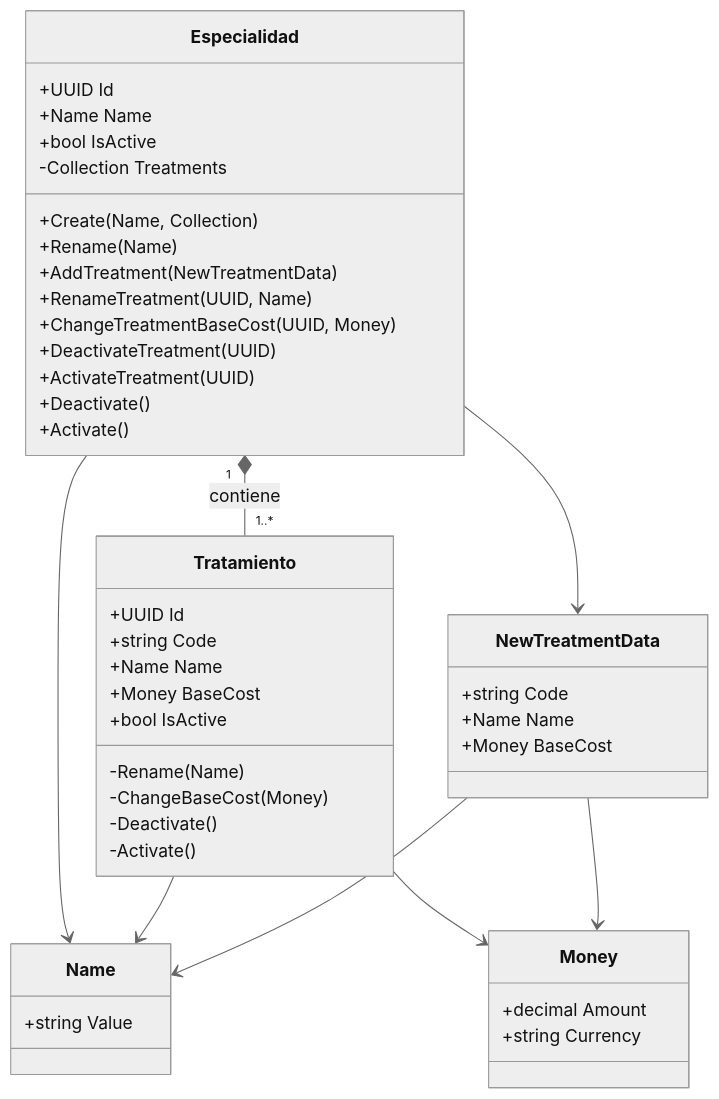
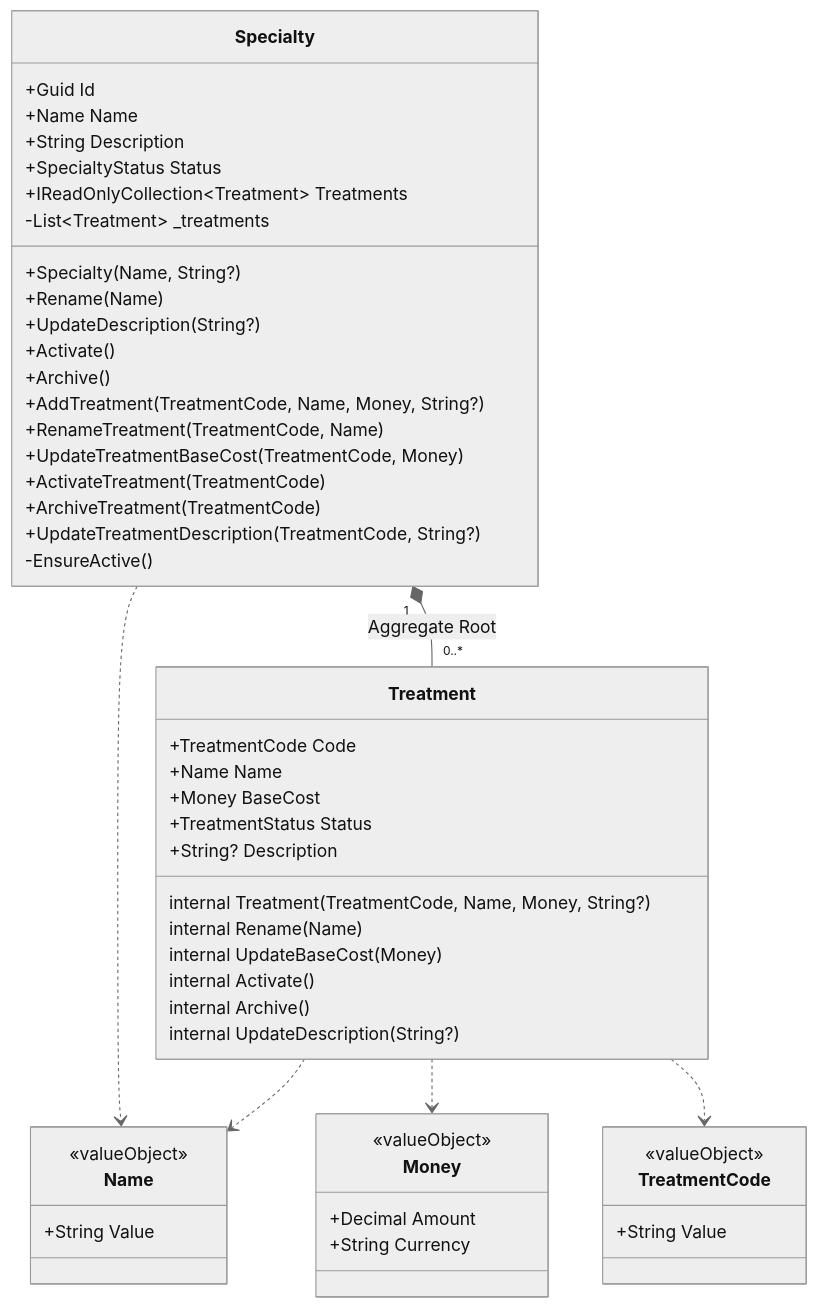
The diagram in docs/diagrams/UML/01-module-specialties-class-diagram.md (Kimblag/DentalManagementSystem), drawn with Mermaid (neutral theme) before and after one commit. The commit also changed other lines of this file and 9 other files, not shown here.

````diff
--- a/docs/diagrams/UML/01-module-specialties-class-diagram.md
+++ b/docs/diagrams/UML/01-module-specialties-class-diagram.md
@@ -7,58 +7,64 @@
 ```mermaid
 classDiagram
     direction TB
 
-    class Especialidad {
-        +UUID Id
+    class Specialty {
+        +Guid Id
         +Name Name
-        +bool IsActive
-        -Collection<Tratamiento> Treatments
-
-        +Create(Name, Collection<NewTreatmentData>)
+        +String Description
+        +SpecialtyStatus Status
+        +IReadOnlyCollection~Treatment~ Treatments
+        -List~Treatment~ _treatments
+        +Specialty(Name, String?)
         +Rename(Name)
-        +AddTreatment(NewTreatmentData)
-        +RenameTreatment(UUID, Name)
-        +ChangeTreatmentBaseCost(UUID, Money)
-        +DeactivateTreatment(UUID)
-        +ActivateTreatment(UUID)
-        +Deactivate()
+        +UpdateDescription(String?)
         +Activate()
+        +Archive()
+        +AddTreatment(TreatmentCode, Name, Money, String?)
+        +RenameTreatment(TreatmentCode, Name)
+        +UpdateTreatmentBaseCost(TreatmentCode, Money)
+        +ActivateTreatment(TreatmentCode)
+        +ArchiveTreatment(TreatmentCode)
+        +UpdateTreatmentDescription(TreatmentCode, String?)
+        -EnsureActive()
     }
 
-    class Tratamiento {
-        +UUID Id
-        +string Code
+    class Treatment {
+        +TreatmentCode Code
         +Name Name
         +Money BaseCost
-        +bool IsActive
-
-        -Rename(Name)
-        -ChangeBaseCost(Money)
-        -Deactivate()
-        -Activate()
+        +TreatmentStatus Status
+        +String? Description
+        internal Treatment(TreatmentCode, Name, Money, String?)
+        internal Rename(Name)
+        internal UpdateBaseCost(Money)
+        internal Activate()
+        internal Archive()
+        internal UpdateDescription(String?)
     }
 
     class Name {
-        +string Value
+        <<valueObject>>
+        +String Value
     }
 
     class Money {
-        +decimal Amount
-        +string Currency
+        <<valueObject>>
+        +Decimal Amount
+        +String Currency
     }
 
-    class NewTreatmentData {
-        +string Code
-        +Name Name
-        +Money BaseCost
+    class TreatmentCode {
+        <<valueObject>>
+        +String Value
     }
 
-    %% Relaciones
-    Especialidad "1" *-- "1..*" Tratamiento : contiene
-    Especialidad --> Name
-    Especialidad --> NewTreatmentData
-    Tratamiento --> Name
-    Tratamiento --> Money
-    NewTreatmentData --> Name
-    NewTreatmentData --> Money
+    %% Relaciones de Agregado
+    Specialty "1" *-- "0..*" Treatment : Aggregate Root
+
+    %% Relaciones con Value Objects
+    Specialty ..> Name
+    Treatment ..> Name
+    Treatment ..> Money
+    Treatment ..> TreatmentCode
 ```
````
